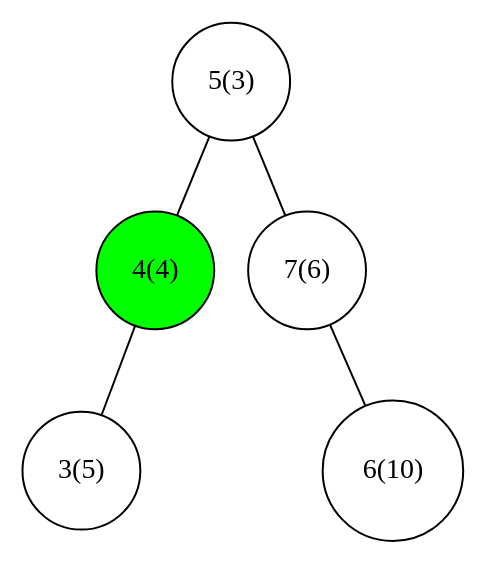
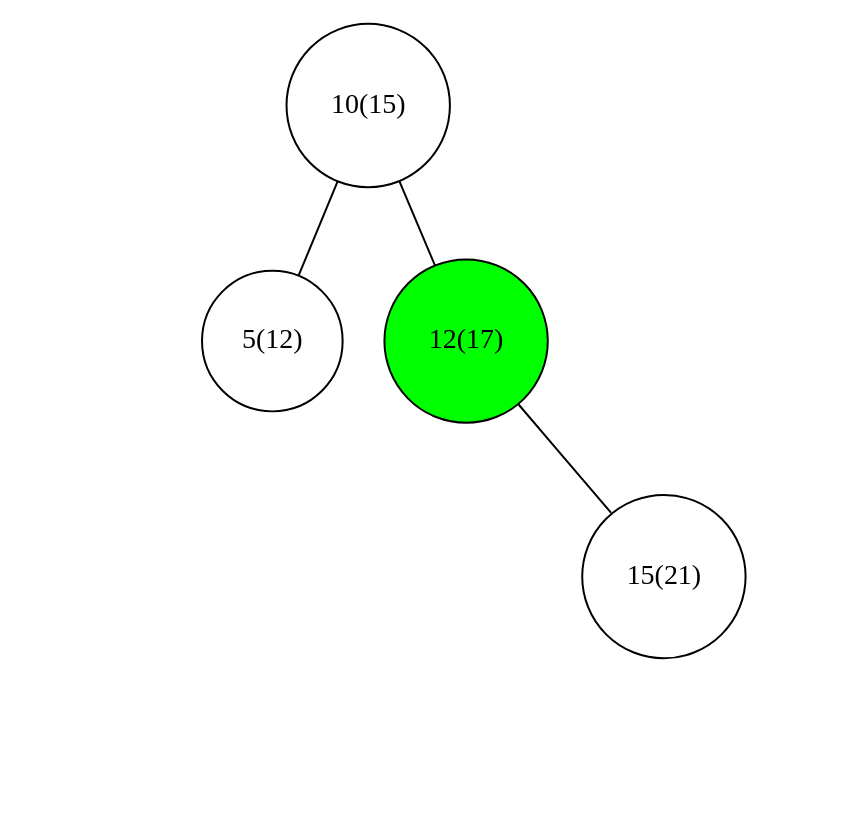
Before and after one commit to HoshinoTented/Resources: the diagram in treap/2.dot, drawn with Graphviz. The commit also changed 8 other files, not shown here.

```diff
--- a/treap/2.dot
+++ b/treap/2.dot
@@ -1,15 +1,19 @@
-graph 0 {
-    5 -- 4
-        4 -- 3
-        4 -- NIL[style=invis]
-    5 -- 7
-        7 -- 6
-        7 -- NIL[style=invis]
-    
-    5[shape=circle, label="5(3)"]
-    3[shape=circle, label="3(5)"]
-    4[shape=circle, fillcolor="#00FF00", style=filled, label="4(4)"]
-    7[shape=circle, label="7(6)"]
-    6[shape=circle, label="6(10)"]
-    NIL[style="invis"]
+graph {
+	10 [label="10(15)" fillcolor="#FFFFFF" shape=circle style=filled]
+	10 -- 5
+	5 [label="5(12)" fillcolor="#FFFFFF" shape=circle style=filled]
+	5 -- NIL9 [style=invis]
+	NIL9 [style=invis]
+	5 -- NIL10 [style=invis]
+	NIL10 [style=invis]
+	10 -- 12
+	12 [label="12(17)" fillcolor="#00FF00" shape=circle style=filled]
+	12 -- NIL11 [style=invis]
+	NIL11 [style=invis]
+	12 -- 15
+	15 [label="15(21)" fillcolor="#FFFFFF" shape=circle style=filled]
+	15 -- NIL12 [style=invis]
+	NIL12 [style=invis]
+	15 -- NIL13 [style=invis]
+	NIL13 [style=invis]
 }
```
